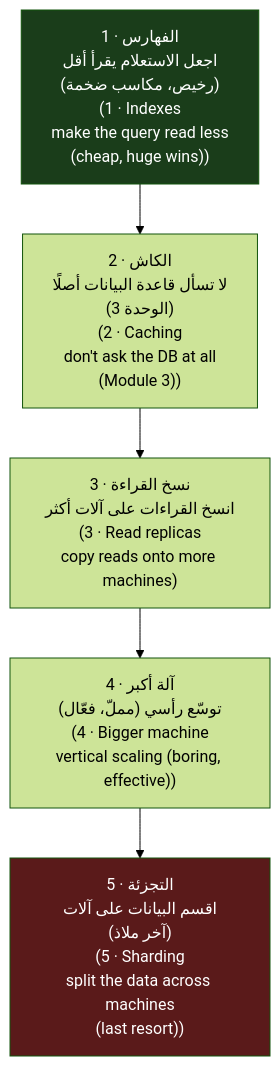
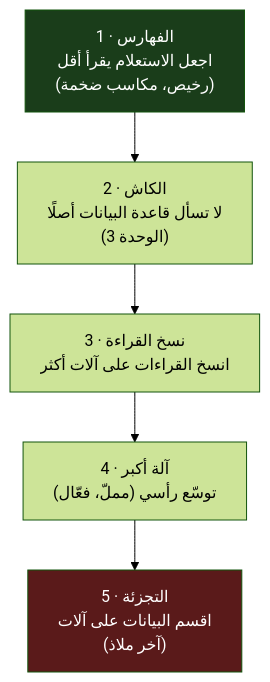
One commit to Tamoura/system-design-for-vibe-coders changed the fourth of 7 diagrams in modules/10-scaling/module.ar.md. Above: the diagram before and after it, drawn with Mermaid (forest theme). The commit also changed other lines of this file and 551 other files, not shown here.

First line of the commit message:
Apply the content audit's fixes across all 12 courses

````diff
--- a/modules/10-scaling/module.ar.md
+++ b/modules/10-scaling/module.ar.md
@@ -304,9 +304,9 @@
 ```mermaid
 flowchart TD
-    R1["1 · الفهارس<br/>اجعل الاستعلام يقرأ أقل<br/>(رخيص، مكاسب ضخمة)<br/>(1 · Indexes<br/>make the query read less<br/>(cheap, huge wins))"] --> R2["2 · الكاش<br/>لا تسأل قاعدة البيانات أصلًا<br/>(الوحدة 3)<br/>(2 · Caching<br/>don't ask the DB at all<br/>(Module 3))"]
-    R2 --> R3["3 · نسخ القراءة<br/>انسخ القراءات على آلات أكثر<br/>(3 · Read replicas<br/>copy reads onto more machines)"]
-    R3 --> R4["4 · آلة أكبر<br/>توسّع رأسي (مملّ، فعّال)<br/>(4 · Bigger machine<br/>vertical scaling (boring, effective))"]
-    R4 --> R5["5 · التجزئة<br/>اقسم البيانات على آلات<br/>(آخر ملاذ)<br/>(5 · Sharding<br/>split the data across machines<br/>(last resort))"]
+    R1["1 · الفهارس<br/>اجعل الاستعلام يقرأ أقل<br/>(رخيص، مكاسب ضخمة)"] --> R2["2 · الكاش<br/>لا تسأل قاعدة البيانات أصلًا<br/>(الوحدة 3)"]
+    R2 --> R3["3 · نسخ القراءة<br/>انسخ القراءات على آلات أكثر"]
+    R3 --> R4["4 · آلة أكبر<br/>توسّع رأسي (مملّ، فعّال)"]
+    R4 --> R5["5 · التجزئة<br/>اقسم البيانات على آلات<br/>(آخر ملاذ)"]
     style R1 fill:#1a3d1a,color:#fff
     style R5 fill:#5a1a1a,color:#fff
 ```
````
